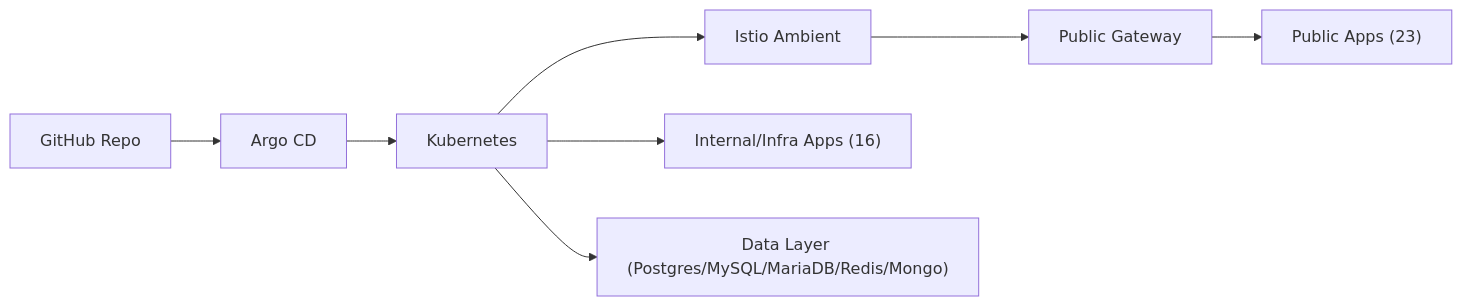
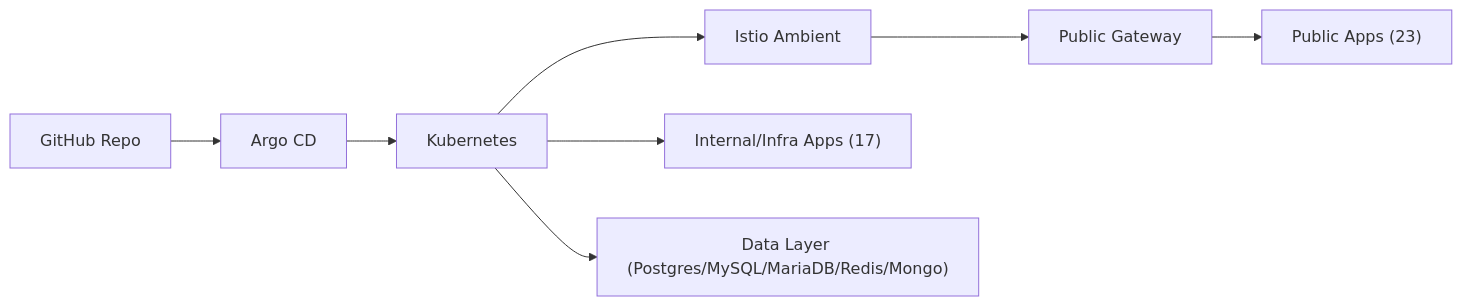
One commit to noeulnight/homelab changed the diagram in README.md. Above: the diagram before and after it, drawn with Mermaid. The commit also changed other lines of this file and 6 other files, not shown here.

````diff
--- a/README.md
+++ b/README.md
@@ -15,10 +15,10 @@
 ```mermaid
 flowchart LR
   GitHub["GitHub Repo"] --> Argo["Argo CD"]
   Argo --> K8s["Kubernetes"]
   K8s --> Istio["Istio Ambient"]
   Istio --> Gateway["Public Gateway"]
   Gateway --> PublicApps["Public Apps (23)"]
-  K8s --> InternalApps["Internal/Infra Apps (16)"]
+  K8s --> InternalApps["Internal/Infra Apps (17)"]
   K8s --> Data["Data Layer (Postgres/MySQL/MariaDB/Redis/Mongo)"]
 ```
````
